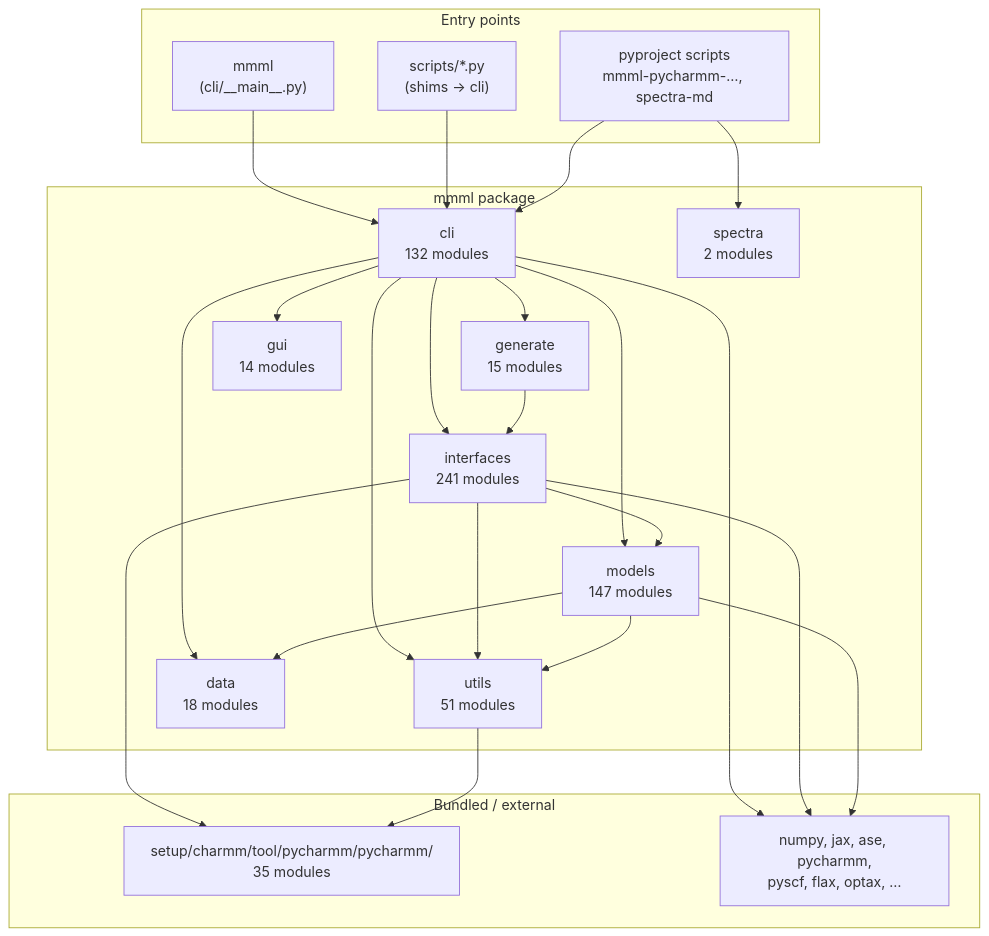
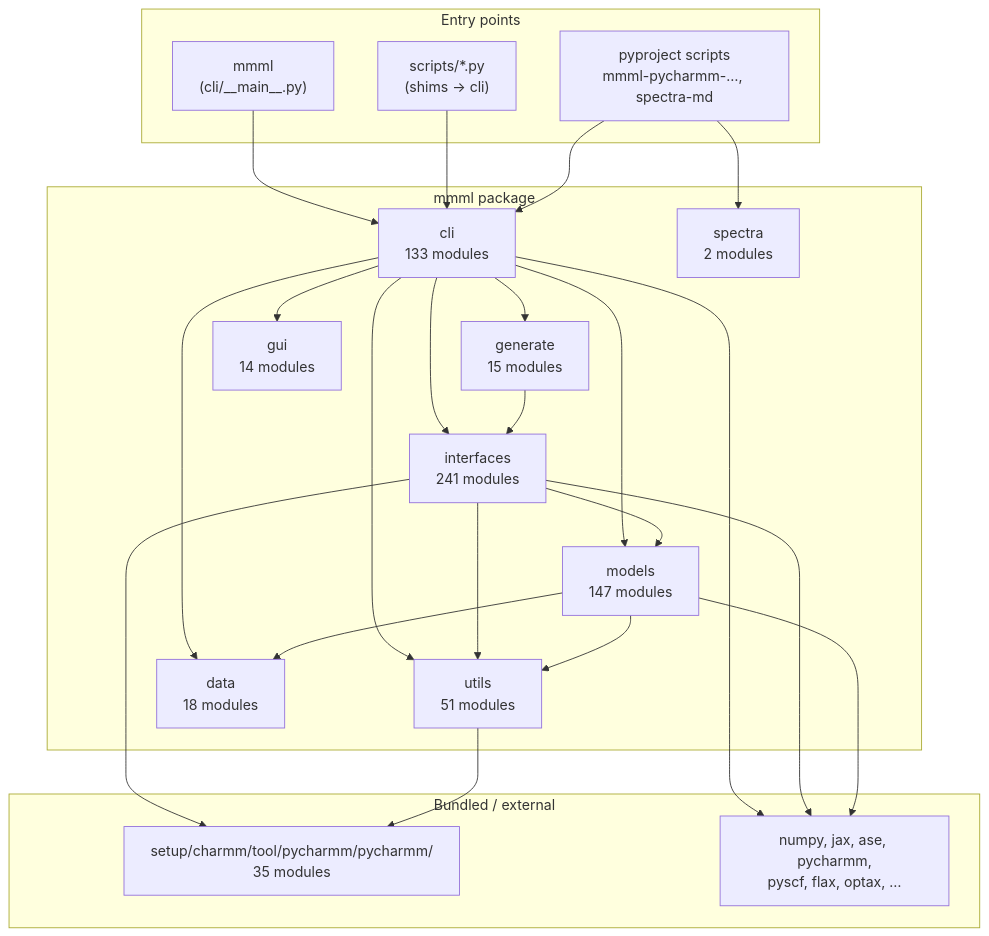
One commit to EricBoittier/mmml changed the first of 8 diagrams in docs/package-architecture.md. Above: the diagram before and after it, drawn with Mermaid. The commit also changed other lines of this file and 42 other files, not shown here.

````diff
--- a/docs/package-architecture.md
+++ b/docs/package-architecture.md
@@ -13,48 +13,48 @@
 ```mermaid
 flowchart TB
   subgraph entry["Entry points"]
     MMML["mmml\n(cli/__main__.py)"]
     SCRIPTS["scripts/*.py\n(shims → cli)"]
     PKG["pyproject scripts\nmmml-pycharmm-…, spectra-md"]
   end
 
   subgraph mmml_pkg["mmml package"]
-    CLI["cli\n132 modules"]
+    CLI["cli\n133 modules"]
     IFACE["interfaces\n241 modules"]
     MODELS["models\n147 modules"]
     UTILS["utils\n51 modules"]
     DATA["data\n18 modules"]
     GEN["generate\n15 modules"]
     GUI["gui\n14 modules"]
     SPEC["spectra\n2 modules"]
   end
 
   subgraph vendor["Bundled / external"]
     PYCH["setup/charmm/tool/pycharmm/pycharmm/\n35 modules"]
     EXT["numpy, jax, ase, pycharmm,\npyscf, flax, optax, …"]
   end
 
   MMML --> CLI
   SCRIPTS --> CLI
   PKG --> CLI
   PKG --> SPEC
 
   CLI --> IFACE
   CLI --> MODELS
   CLI --> DATA
   CLI --> UTILS
   CLI --> GEN
   CLI --> GUI
 
   IFACE --> MODELS
   IFACE --> UTILS
   IFACE --> PYCH
   MODELS --> UTILS
   MODELS --> DATA
   UTILS --> PYCH
   GEN --> IFACE
 
   CLI --> EXT
   IFACE --> EXT
   MODELS --> EXT
 ```
````
